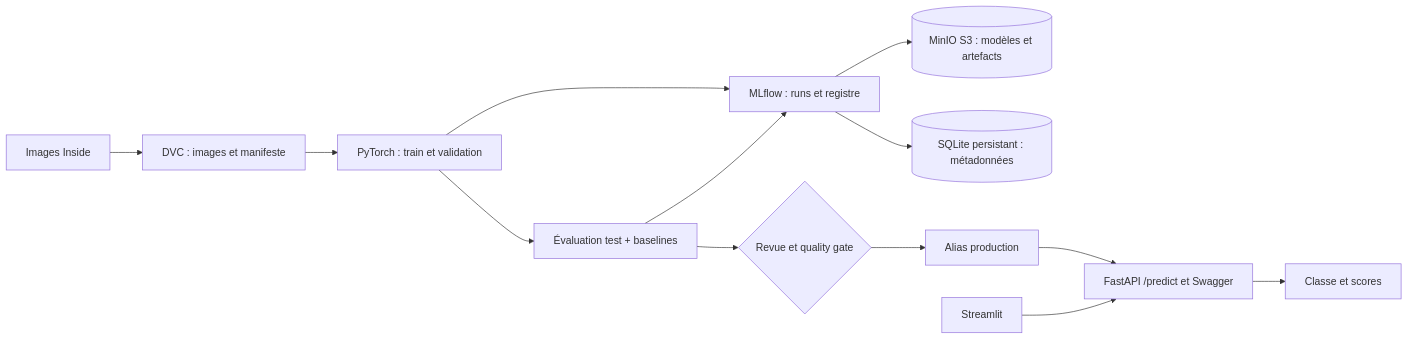
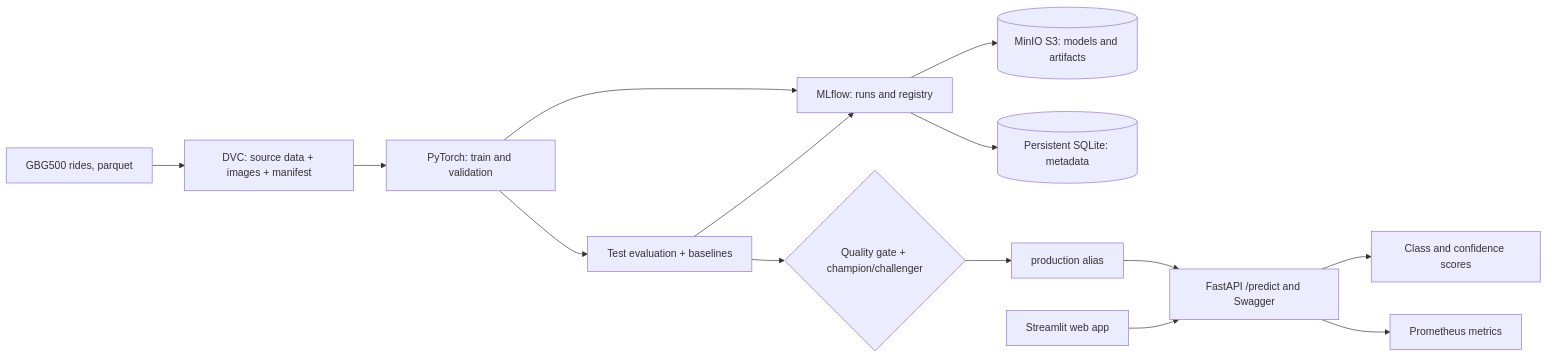
One commit to LunaGrandjean/ml-ops-project changed the first of 2 diagrams in docs/ARCHITECTURE.md. Above: the diagram before and after it, drawn with Mermaid. The commit also changed other lines of this file and 23 other files, not shown here.

````diff
--- a/docs/ARCHITECTURE.md
+++ b/docs/ARCHITECTURE.md
@@ -7,15 +6,16 @@
 ```mermaid
 flowchart LR
-    I[Images Inside] --> D[DVC : images et manifeste]
-    D --> T[PyTorch : train et validation]
-    T --> E[Évaluation test + baselines]
-    T --> M[MLflow : runs et registre]
+    S[GBG500 rides, parquet] --> D[DVC: source data + images + manifest]
+    D --> T[PyTorch: train and validation]
+    T --> E[Test evaluation + baselines]
+    T --> M[MLflow: runs and registry]
     E --> M
-    M --> S[(MinIO S3 : modèles et artefacts)]
-    M --> B[(SQLite persistant : métadonnées)]
-    E --> G{Revue et quality gate}
-    G --> P[Alias production]
-    P --> A[FastAPI /predict et Swagger]
-    U[Streamlit] --> A
-    A --> R[Classe et scores]
+    M --> S3[(MinIO S3: models and artifacts)]
+    M --> B[(Persistent SQLite: metadata)]
+    E --> G{Quality gate + champion/challenger}
+    G --> P[production alias]
+    P --> A[FastAPI /predict and Swagger]
+    U[Streamlit web app] --> A
+    A --> R[Class and confidence scores]
+    A --> PR[Prometheus metrics]
 ```
````
